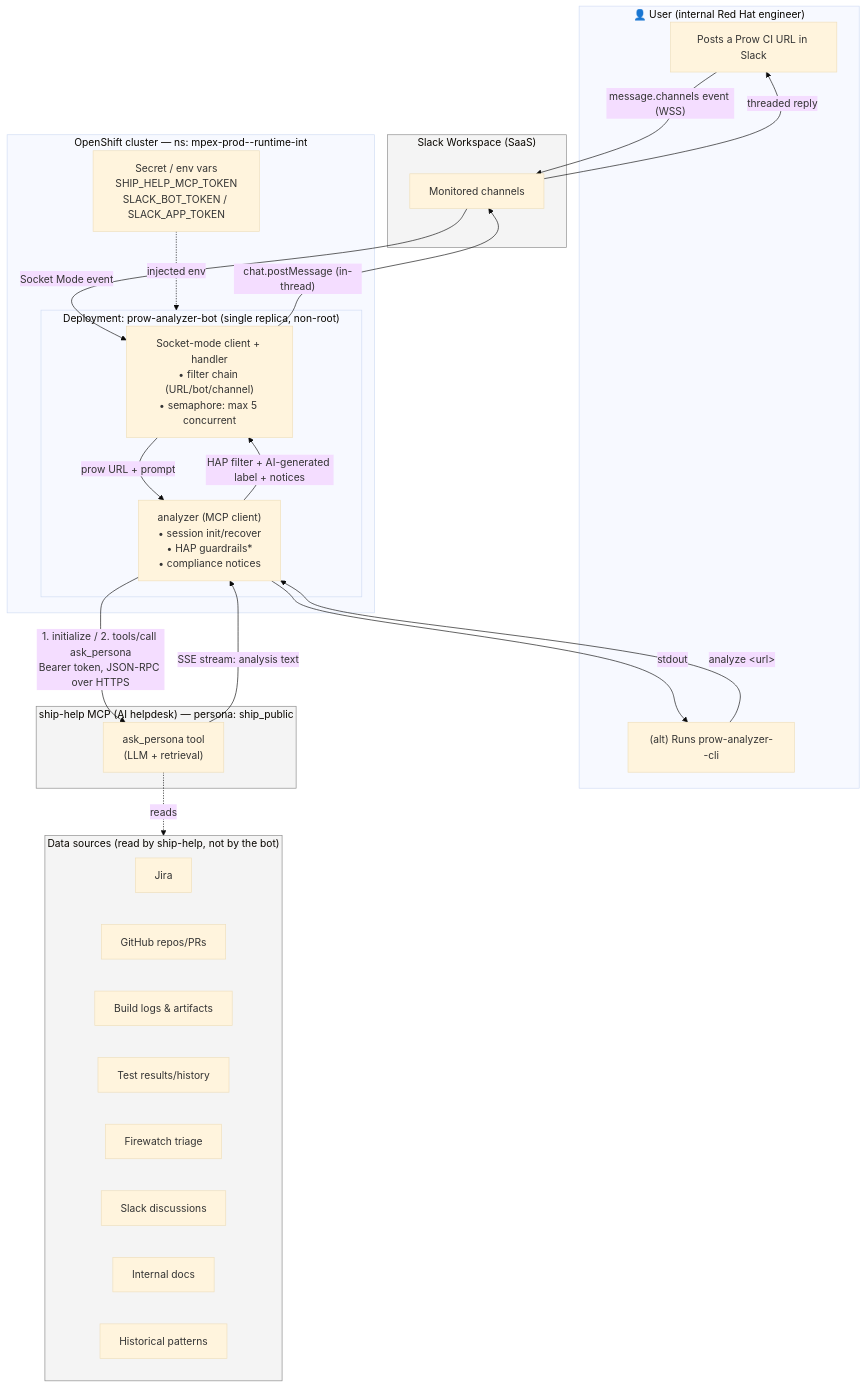
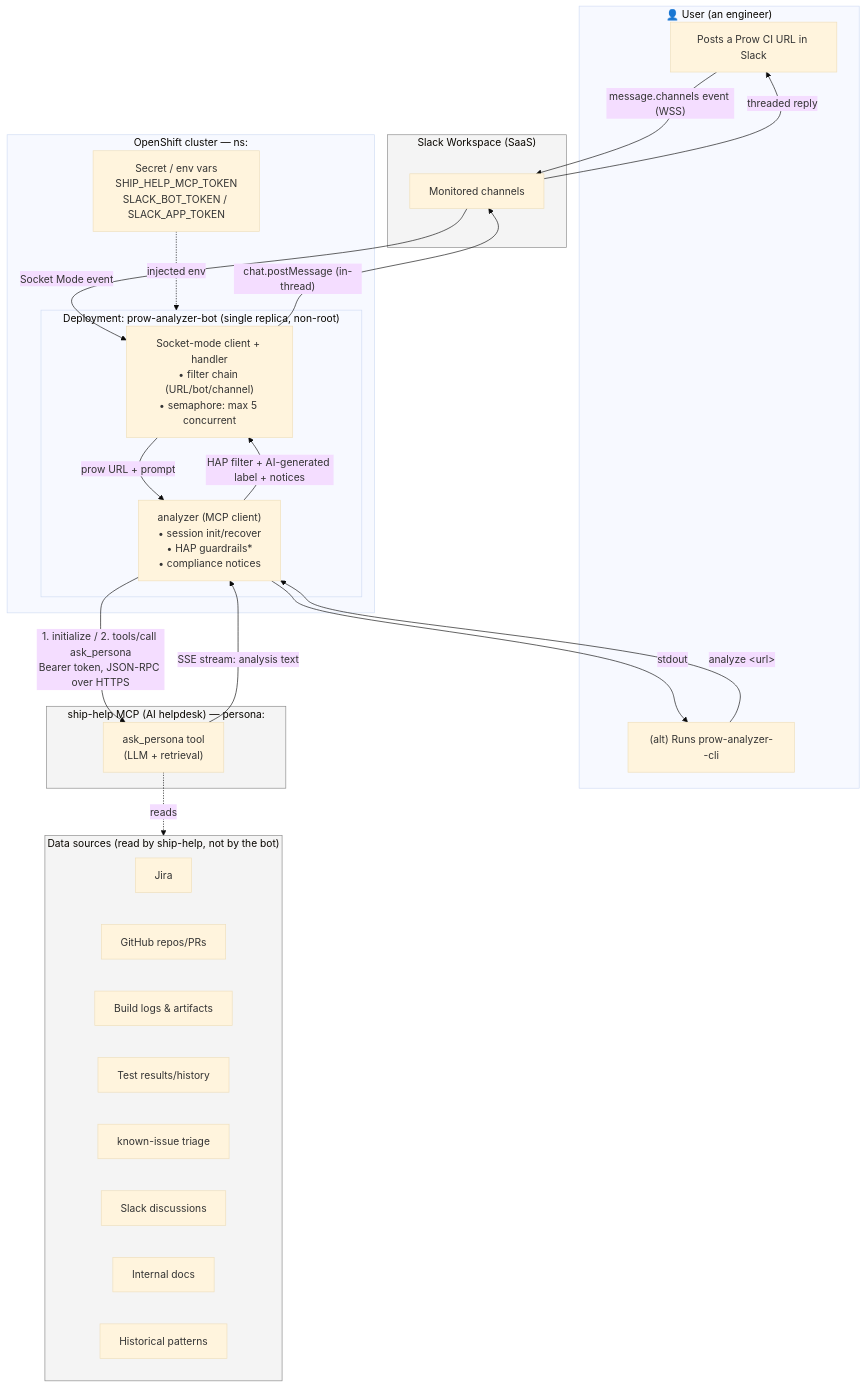
Before and after one commit to RedHatQE/OpenShift-LP-QE--Tools: the first of 3 diagrams in apps/prow-analyzer/doc/dataflow-architecture.md, drawn with Mermaid (base theme). The commit also changed other lines of this file and 27 other files, not shown here.

````diff
--- a/apps/prow-analyzer/doc/dataflow-architecture.md
+++ b/apps/prow-analyzer/doc/dataflow-architecture.md
@@ -10,51 +10,51 @@
 ```mermaid
 flowchart TB
-    subgraph User["👤 User (internal Red Hat engineer)"]
+    subgraph User["👤 User (an engineer)"]
         U1["Posts a Prow CI URL in Slack"]
         U2["(alt) Runs prow-analyzer--cli"]
     end
 
     subgraph Slack["Slack Workspace (SaaS)"]
         SW["Monitored channels"]
     end
 
-    subgraph OCP["OpenShift cluster — ns: mpex-prod--runtime-int"]
+    subgraph OCP["OpenShift cluster — ns: <your-namespace>"]
         subgraph BOT["Deployment: prow-analyzer-bot (single replica, non-root)"]
             H["Socket-mode client + handler<br/>• filter chain (URL/bot/channel)<br/>• semaphore: max 5 concurrent"]
             A["analyzer (MCP client)<br/>• session init/recover<br/>• HAP guardrails*<br/>• compliance notices"]
         end
         SEC["Secret / env vars<br/>SHIP_HELP_MCP_TOKEN<br/>SLACK_BOT_TOKEN / SLACK_APP_TOKEN"]
     end
 
-    subgraph SH["ship-help MCP (AI helpdesk) — persona: ship_public"]
+    subgraph SH["ship-help MCP (AI helpdesk) — persona: <persona>"]
         MCP["ask_persona tool<br/>(LLM + retrieval)"]
     end
 
     subgraph DS["Data sources (read by ship-help, not by the bot)"]
         direction LR
         J["Jira"]
         G["GitHub repos/PRs"]
         L["Build logs & artifacts"]
         T["Test results/history"]
-        F["Firewatch triage"]
+        F["known-issue triage"]
         SD["Slack discussions"]
         DOC["Internal docs"]
         HP["Historical patterns"]
     end
 
     U1 -->|"message.channels event (WSS)"| SW
     SW -->|"Socket Mode event"| H
     H -->|"prow URL + prompt"| A
     U2 -->|"analyze &lt;url&gt;"| A
     A -->|"1. initialize / 2. tools/call ask_persona<br/>Bearer token, JSON-RPC over HTTPS"| MCP
     MCP -.->|"reads"| DS
     MCP -->|"SSE stream: analysis text"| A
     A -->|"HAP filter + AI-generated label + notices"| H
     H -->|"chat.postMessage (in-thread)"| SW
     SW -->|"threaded reply"| U1
     A -->|"stdout"| U2
     SEC -.->|"injected env"| BOT
 
     classDef ext fill:#f4f4f4,stroke:#888;
     class Slack,SH,DS ext;
 ```
````
